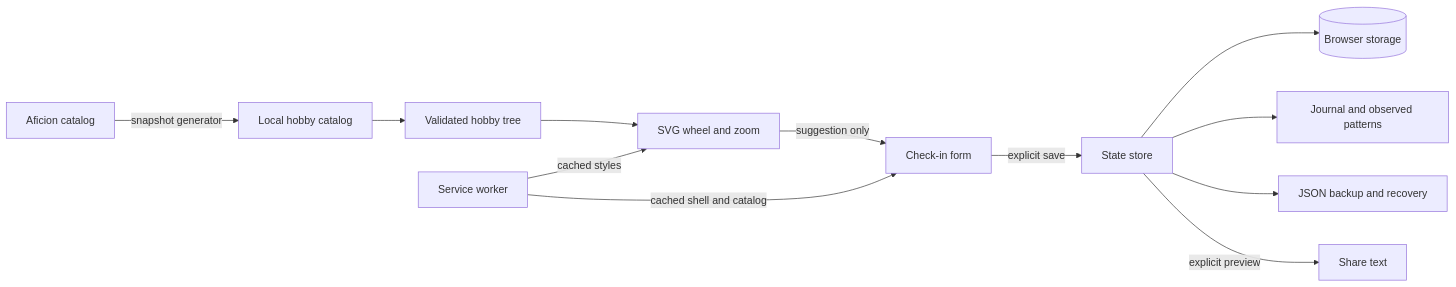
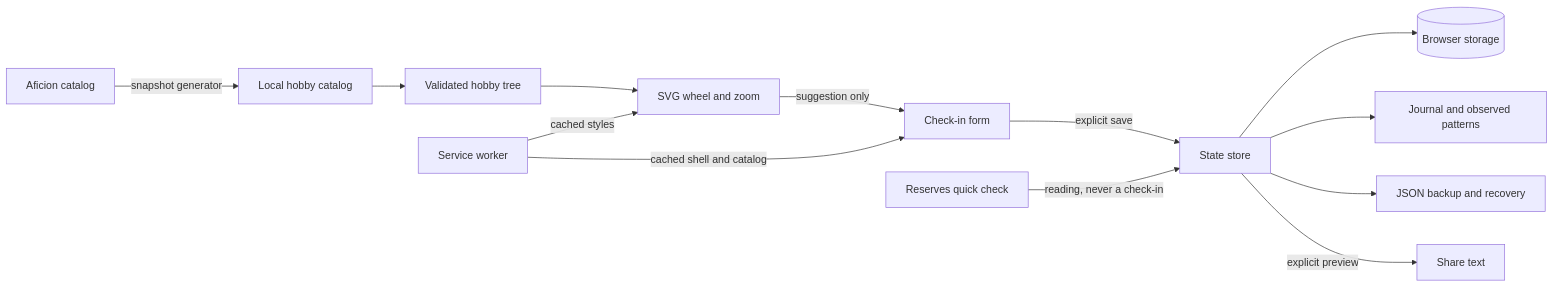
The diagram in docs/architecture.mmd (energon-a-secas/hobbyorbit-site), drawn with Mermaid before and after one commit. The commit also changed 18 other files, not shown here.

```diff
--- a/docs/architecture.mmd
+++ b/docs/architecture.mmd
@@ -1,12 +1,13 @@
 flowchart LR
     A[Aficion catalog] -->|snapshot generator| C[Local hobby catalog]
     C --> M[Validated hobby tree]
     M --> W[SVG wheel and zoom]
     W -->|suggestion only| U[Check-in form]
     U -->|explicit save| S[State store]
+    R[Reserves quick check] -->|reading, never a check-in| S
     S --> L[(Browser storage)]
     S --> J[Journal and observed patterns]
     S --> B[JSON backup and recovery]
     S -->|explicit preview| P[Share text]
     O[Service worker] -->|cached shell and catalog| U
     O -->|cached styles| W
```
